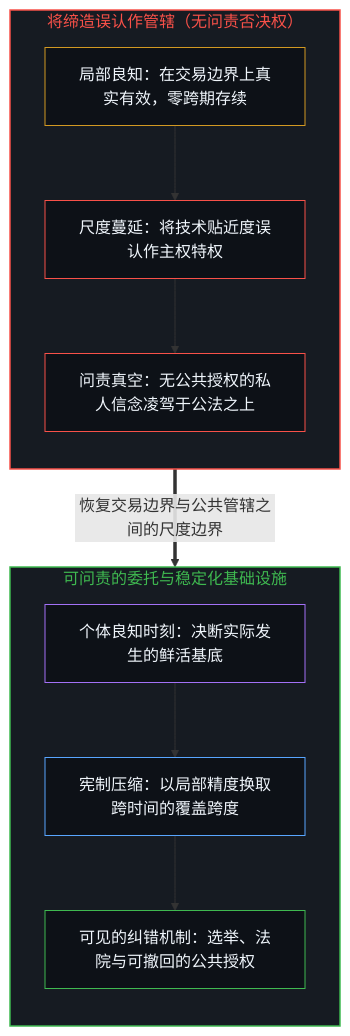
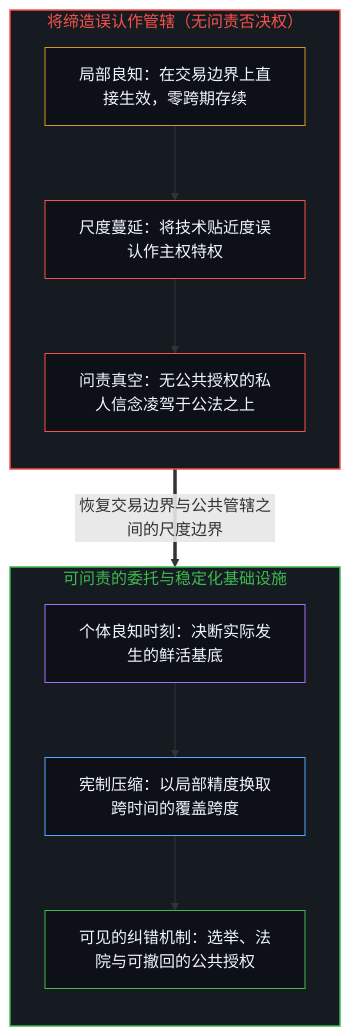
Before and after one commit to powerpig99/not-a-toe: the first of 2 diagrams in content/posts/conscience-power-delegation.md, drawn with Mermaid. The commit also changed other lines of this file and 3 other files, not shown here.

````diff
--- a/content/posts/conscience-power-delegation.md
+++ b/content/posts/conscience-power-delegation.md
@@ -45,29 +45,26 @@
 ```mermaid
 flowchart TD
     subgraph S_Orig["将缔造误认作管辖（无问责否决权）"]
         direction TB
-        O_Local["局部良知：在交易边界上真实有效，零跨期存续"]
+        O_Local["局部良知：在交易边界上直接生效，零跨期存续"]
         O_Creep["尺度蔓延：将技术贴近度误认作主权特权"]
         O_Vacuum["问责真空：无公共授权的私人信念凌驾于公法之上"]
         O_Local --> O_Creep --> O_Vacuum
     end
-
     subgraph S_Deleg["可问责的委托与稳定化基础设施"]
         direction TB
         D_Ground["个体良知时刻：决断实际发生的鲜活基底"]
         D_Compress["宪制压缩：以局部精度换取跨时间的覆盖跨度"]
         D_Correct["可见的纠错机制：选举、法院与可撤回的公共授权"]
         D_Ground --> D_Compress --> D_Correct
     end
-
     O_Vacuum ==>|"恢复交易边界与公共管辖之间的尺度边界"| D_Ground
-
     style S_Orig fill:#161b22,stroke:#f85149,stroke-width:1.5px,color:#f85149
     style S_Deleg fill:#161b22,stroke:#3fb950,stroke-width:1.5px,color:#3fb950
     style O_Local fill:#0d1117,stroke:#d29922,stroke-width:1px,color:#f0f6fc
     style O_Creep fill:#0d1117,stroke:#f85149,stroke-width:1px,color:#f0f6fc
     style O_Vacuum fill:#0d1117,stroke:#f85149,stroke-width:1px,color:#f0f6fc
     style D_Ground fill:#0d1117,stroke:#a371f7,stroke-width:1px,color:#f0f6fc
     style D_Compress fill:#0d1117,stroke:#58a6ff,stroke-width:1px,color:#f0f6fc
     style D_Correct fill:#0d1117,stroke:#3fb950,stroke-width:1px,color:#f0f6fc
 ```
````
